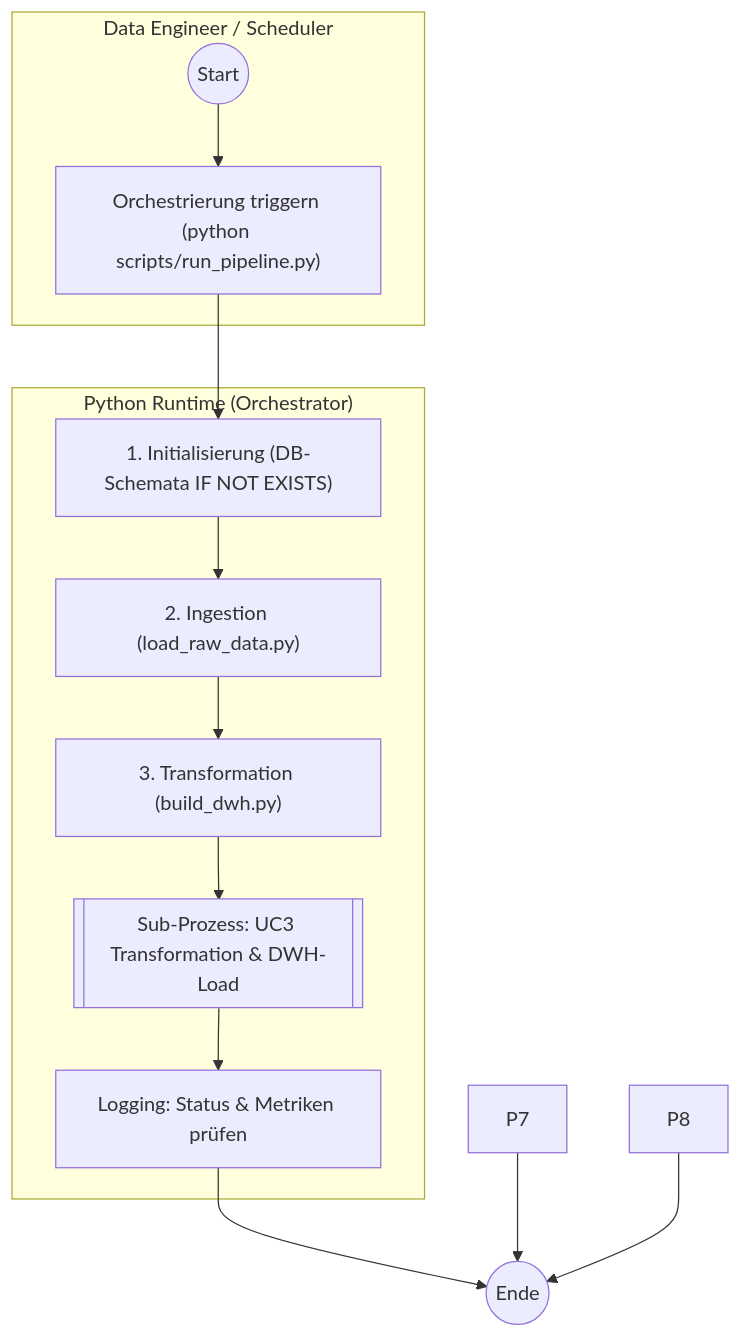
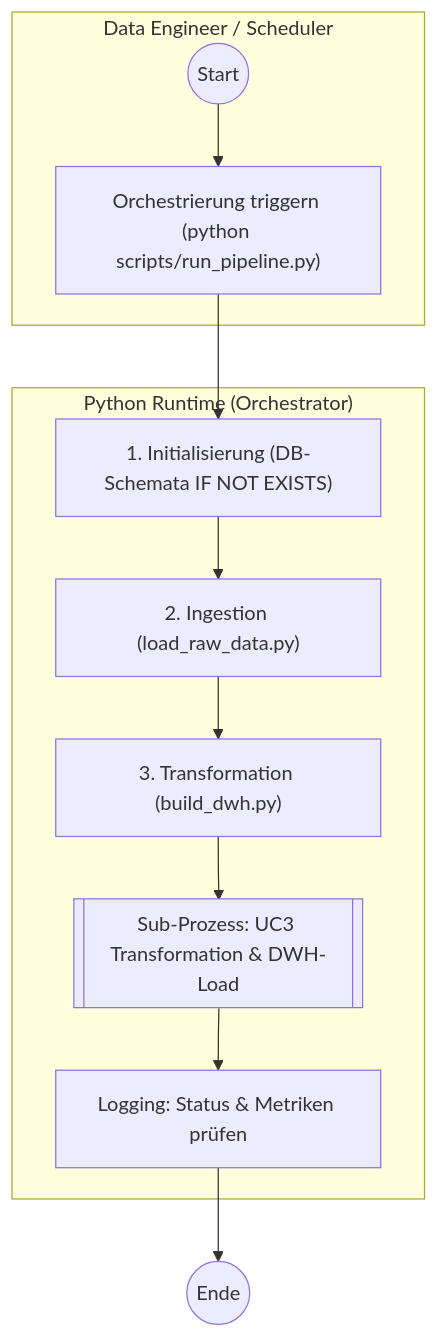
One commit to NilsBauch/blutdruck_data_engineer_training changed the diagram in Architektur/Activity/activity_diagram_uc2.md. Above: the diagram before and after it, drawn with Mermaid. The commit also changed other lines of this file and 46 other files, not shown here.

````diff
--- a/Architektur/Activity/activity_diagram_uc2.md
+++ b/Architektur/Activity/activity_diagram_uc2.md
@@ -9,26 +7,23 @@
 ```mermaid
 flowchart TD
     %% Swimlanes definieren
     subgraph User ["Data Engineer / Scheduler"]
         Start(("Start")) --> A1["Orchestrierung triggern (python scripts/run_pipeline.py)"]
     end
 
     subgraph Python ["Python Runtime (Orchestrator)"]
         P1["1. Initialisierung (DB-Schemata IF NOT EXISTS)"]
         P2["2. Ingestion (load_raw_data.py)"]
         P3["3. Transformation (build_dwh.py)"]
         P4[["Sub-Prozess: UC3 Transformation & DWH-Load"]]
         P5["Logging: Status & Metriken prüfen"]
     end
 
     %% Verknüpfungen
     A1 --> P1
     P1 --> P2
     P2 --> P3
     P3 --> P4
     P4 --> P5
     P5 --> End(("Ende"))
-    
-    P7 --> End(("Ende"))
-    P8 --> End
 ```
````
